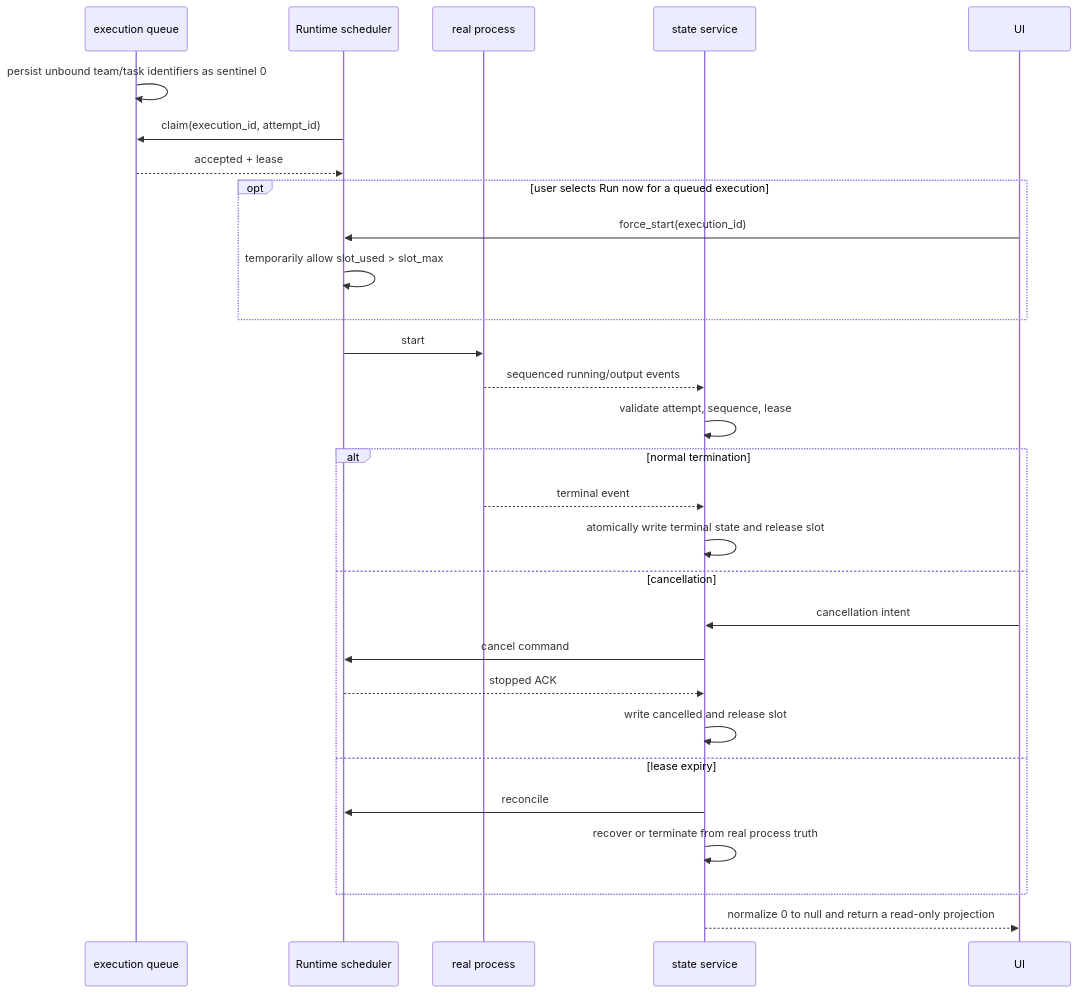
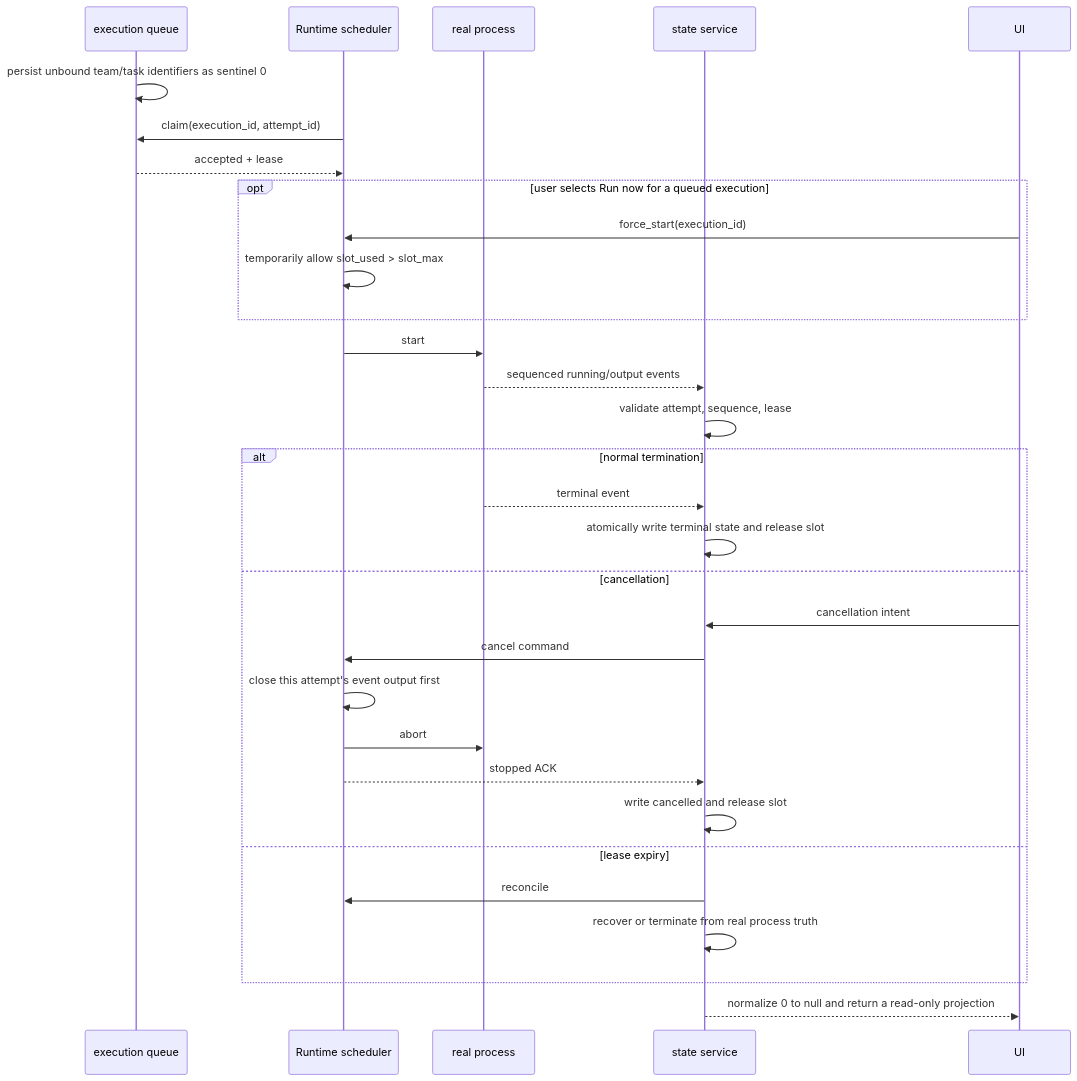
Before and after one commit to wecode-ai/wegent-docs: the second of 2 diagrams in docs/architecture/project-execution-state.md, drawn with Mermaid. The commit also changed other lines of this file and 3 other files, not shown here.

````diff
--- a/docs/architecture/project-execution-state.md
+++ b/docs/architecture/project-execution-state.md
@@ -26,32 +28,34 @@
 ```mermaid
 sequenceDiagram
     participant Q as execution queue
     participant R as Runtime scheduler
     participant P as real process
     participant S as state service
     participant U as UI
 
     Q->>Q: persist unbound team/task identifiers as sentinel 0
     R->>Q: claim(execution_id, attempt_id)
     Q-->>R: accepted + lease
     opt user selects Run now for a queued execution
         U->>R: force_start(execution_id)
         R->>R: temporarily allow slot_used > slot_max
     end
     R->>P: start
     P-->>S: sequenced running/output events
     S->>S: validate attempt, sequence, lease
     alt normal termination
         P-->>S: terminal event
         S->>S: atomically write terminal state and release slot
     else cancellation
         U->>S: cancellation intent
         S->>R: cancel command
+        R->>R: close this attempt's event output first
+        R->>P: abort
         R-->>S: stopped ACK
         S->>S: write cancelled and release slot
     else lease expiry
         S->>R: reconcile
         S->>S: recover or terminate from real process truth
     end
     S-->>U: normalize 0 to null and return a read-only projection
 ```
````
